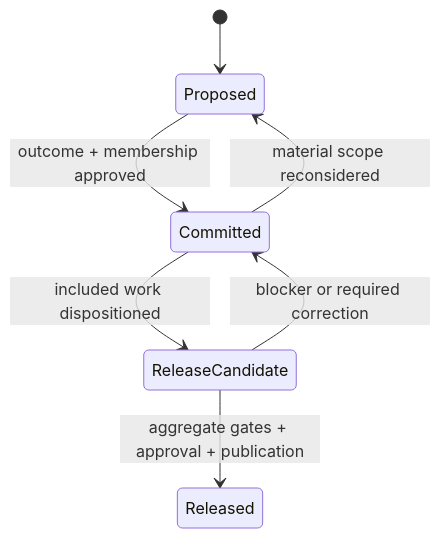
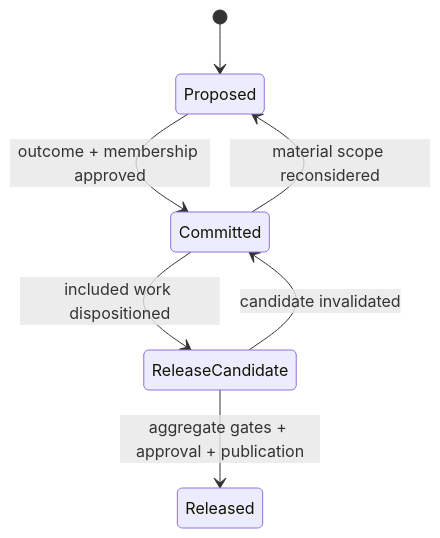
One commit to dragondad22/codex-starter-kit changed the fifth of 6 diagrams in docs/architecture/LIFECYCLES.md. Above: the diagram before and after it, drawn with Mermaid. The commit also changed other lines of this file and 12 other files, not shown here.

````diff
--- a/docs/architecture/LIFECYCLES.md
+++ b/docs/architecture/LIFECYCLES.md
@@ -186,9 +214,9 @@
 ```mermaid
 stateDiagram-v2
     [*] --> Proposed
     Proposed --> Committed: outcome + membership approved
     Committed --> Proposed: material scope reconsidered
     Committed --> ReleaseCandidate: included work dispositioned
-    ReleaseCandidate --> Committed: blocker or required correction
+    ReleaseCandidate --> Committed: candidate invalidated
     ReleaseCandidate --> Released: aggregate gates + approval + publication
 ```
````
